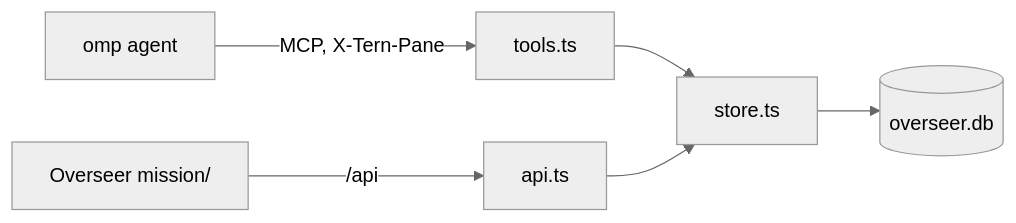
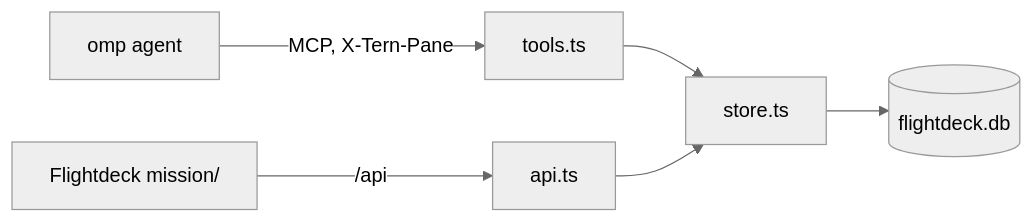
One commit to itsjxck/flightdeck changed the diagram in server/README.md. Above: the diagram before and after it, drawn with Mermaid (neutral theme). The commit also changed other lines of this file and 42 other files, not shown here.

Commit message:
Flightdeck: rename from Overseer; omp setup command; security-key note only with a hardware key; README rewritten with fork credit

````diff
--- a/server/README.md
+++ b/server/README.md
@@ -26,8 +26,8 @@
 ```mermaid
 flowchart LR
   A[omp agent] -->|MCP, X-Tern-Pane| T[tools.ts]
   T --> S[store.ts]
-  O[Overseer mission/] -->|/api| P[api.ts]
+  O[Flightdeck mission/] -->|/api| P[api.ts]
   P --> S
-  S --> DB[(overseer.db)]
+  S --> DB[(flightdeck.db)]
 ```
````
